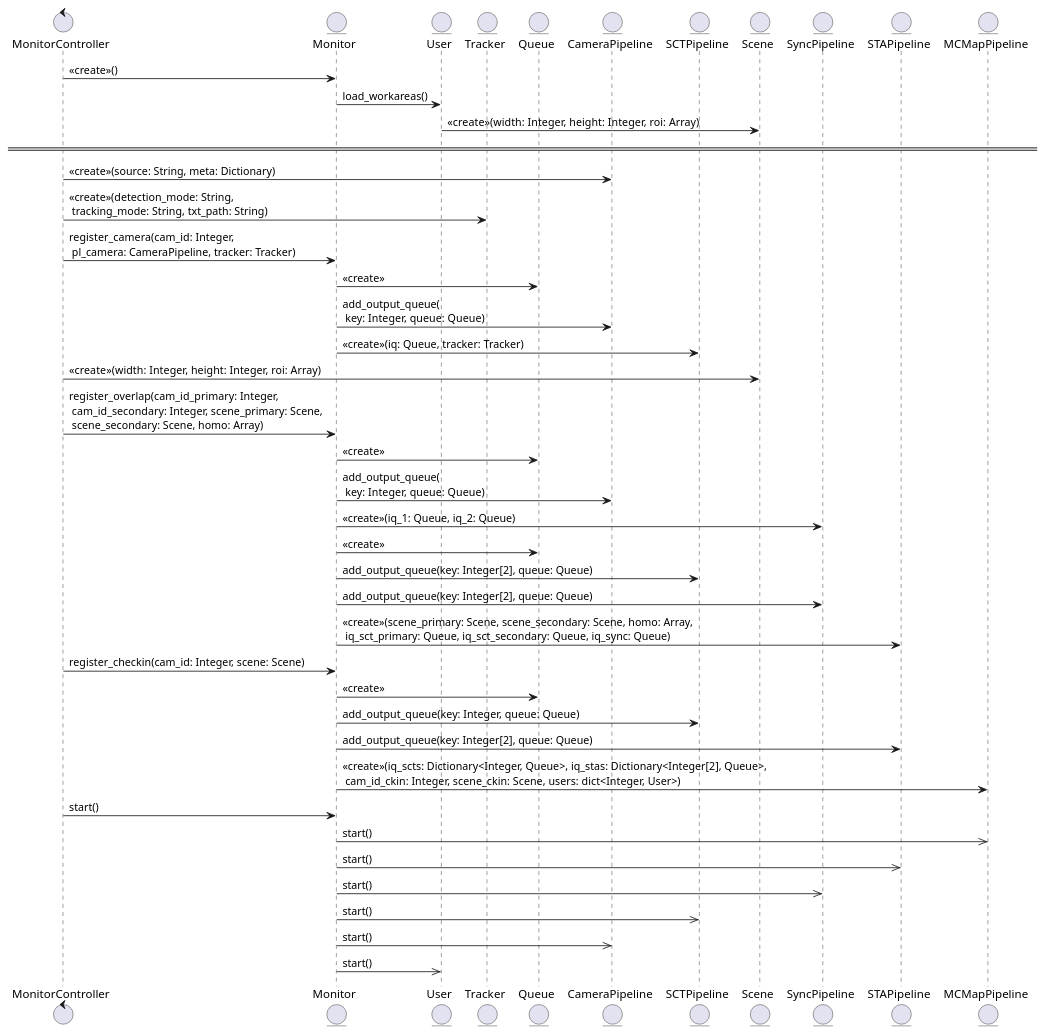
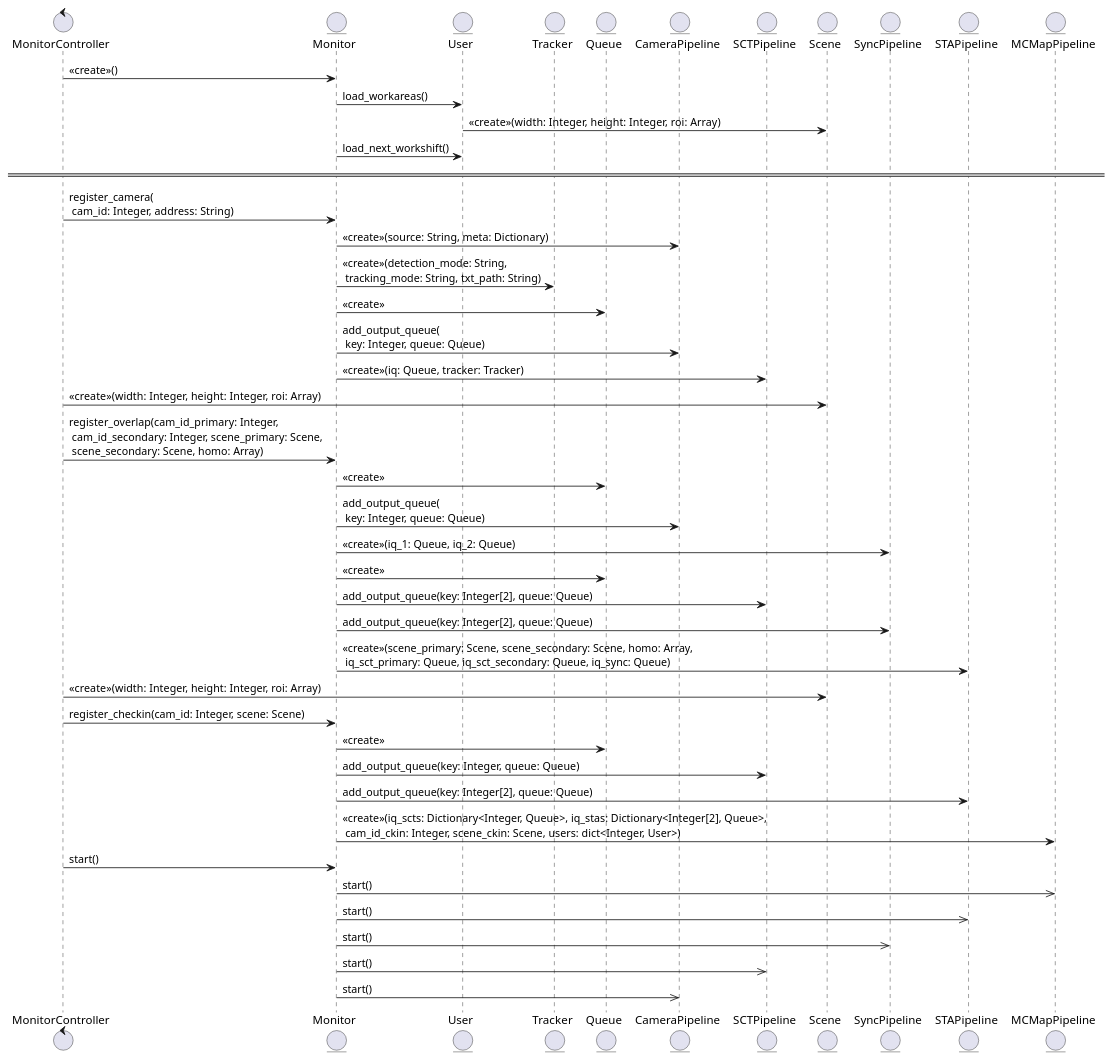
One commit to LapTQ/MCT changed the diagram in docs/UML/system-monitor/seq-register-camera-and-overlap.pu. Above: the diagram before and after it, drawn with PlantUML. The commit also changed 26 other files, not shown here.

Commit message:
update UML

```diff
--- a/docs/UML/system-monitor/seq-register-camera-and-overlap.pu
+++ b/docs/UML/system-monitor/seq-register-camera-and-overlap.pu
@@ -1,56 +1,56 @@
 @startuml
 
 control MonitorController
 entity Monitor
 entity User
 entity Tracker
 entity Queue
 entity CameraPipeline
 entity SCTPipeline
 entity Scene
 entity SyncPipeline
 entity STAPipeline
 entity MCMapPipeline
 
 MonitorController -> Monitor: <<create>>()
 Monitor -> User: load_workareas()
 User -> Scene: <<create>>(width: Integer, height: Integer, roi: Array)
+Monitor -> User: load_next_workshift()
 
 
 
 == ==
-
-MonitorController -> CameraPipeline: <<create>>(source: String, meta: Dictionary)
-MonitorController -> Tracker: <<create>>(detection_mode: String,\n tracking_mode: String, txt_path: String)
-MonitorController -> Monitor: register_camera(cam_id: Integer, \n pl_camera: CameraPipeline, tracker: Tracker)
+MonitorController -> Monitor: register_camera(\n cam_id: Integer, address: String)
+Monitor -> CameraPipeline: <<create>>(source: String, meta: Dictionary)
+Monitor -> Tracker: <<create>>(detection_mode: String,\n tracking_mode: String, txt_path: String)
 Monitor -> Queue: <<create>>
 Monitor -> CameraPipeline: add_output_queue(\n key: Integer, queue: Queue)
 Monitor -> SCTPipeline: <<create>>(iq: Queue, tracker: Tracker)
 
 
 MonitorController -> Scene: <<create>>(width: Integer, height: Integer, roi: Array)
 MonitorController -> Monitor: register_overlap(cam_id_primary: Integer,\n cam_id_secondary: Integer, scene_primary: Scene,\n scene_secondary: Scene, homo: Array)
 Monitor -> Queue: <<create>>
 Monitor -> CameraPipeline: add_output_queue(\n key: Integer, queue: Queue)
 Monitor -> SyncPipeline: <<create>>(iq_1: Queue, iq_2: Queue)
 Monitor -> Queue: <<create>>
 Monitor -> SCTPipeline: add_output_queue(key: Integer[2], queue: Queue)
 Monitor -> SyncPipeline: add_output_queue(key: Integer[2], queue: Queue)
 Monitor -> STAPipeline: <<create>>(scene_primary: Scene, scene_secondary: Scene, homo: Array,\n iq_sct_primary: Queue, iq_sct_secondary: Queue, iq_sync: Queue)
 
 
+MonitorController -> Scene: <<create>>(width: Integer, height: Integer, roi: Array)
 MonitorController -> Monitor: register_checkin(cam_id: Integer, scene: Scene)
 Monitor -> Queue: <<create>>
 Monitor -> SCTPipeline: add_output_queue(key: Integer, queue: Queue)
 Monitor -> STAPipeline: add_output_queue(key: Integer[2], queue: Queue)
 Monitor -> MCMapPipeline: <<create>>(iq_scts: Dictionary<Integer, Queue>, iq_stas: Dictionary<Integer[2], Queue>,\n cam_id_ckin: Integer, scene_ckin: Scene, users: dict<Integer, User>)
 
 MonitorController -> Monitor: start()
 Monitor ->> MCMapPipeline: start()
 Monitor ->> STAPipeline: start()
 Monitor ->> SyncPipeline: start()
 Monitor ->> SCTPipeline: start()
 Monitor ->> CameraPipeline: start()
-Monitor ->> User: start()
 
 @enduml
```
